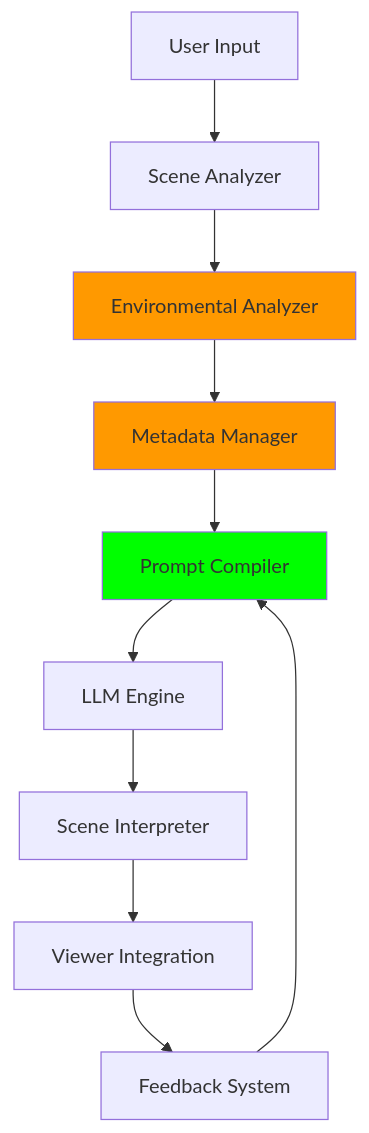
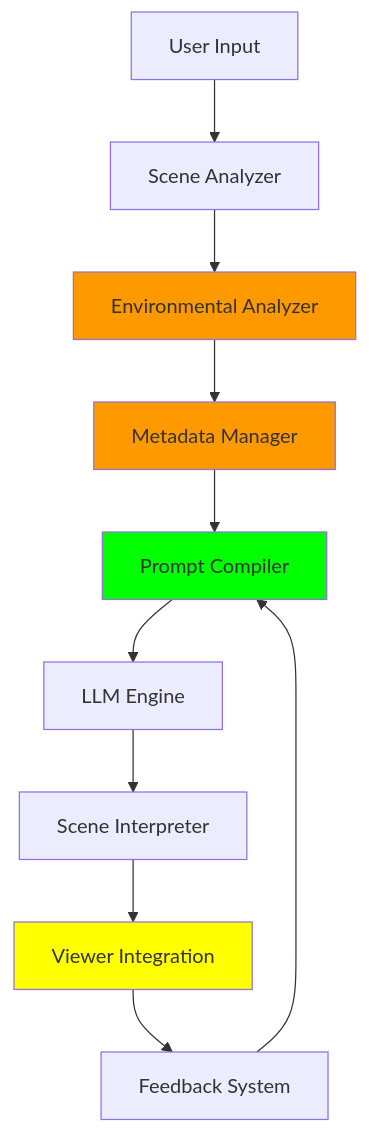
One commit to mcfwalker/qwkshot changed the diagram in docs/features/p2p/ARCHITECTURE.md. Above: the diagram before and after it, drawn with Mermaid. The commit also changed other lines of this file and 13 other files, not shown here.

````diff
--- a/docs/features/p2p/ARCHITECTURE.md
+++ b/docs/features/p2p/ARCHITECTURE.md
@@ -100,17 +112,18 @@
 ```mermaid
 graph TD
     A[User Input] --> B[Scene Analyzer]
     B --> C[Environmental Analyzer]
     C --> D[Metadata Manager]
     D --> E[Prompt Compiler]
     E --> F[LLM Engine]
     F --> G[Scene Interpreter]
     G --> H[Viewer Integration]
     H --> I[Feedback System]
     I --> E
     
     %% Current Focus Areas
     style C fill:#ff9900
     style D fill:#ff9900
     style E fill:#00ff00
+    style H fill:#ffff00
 ```
````
